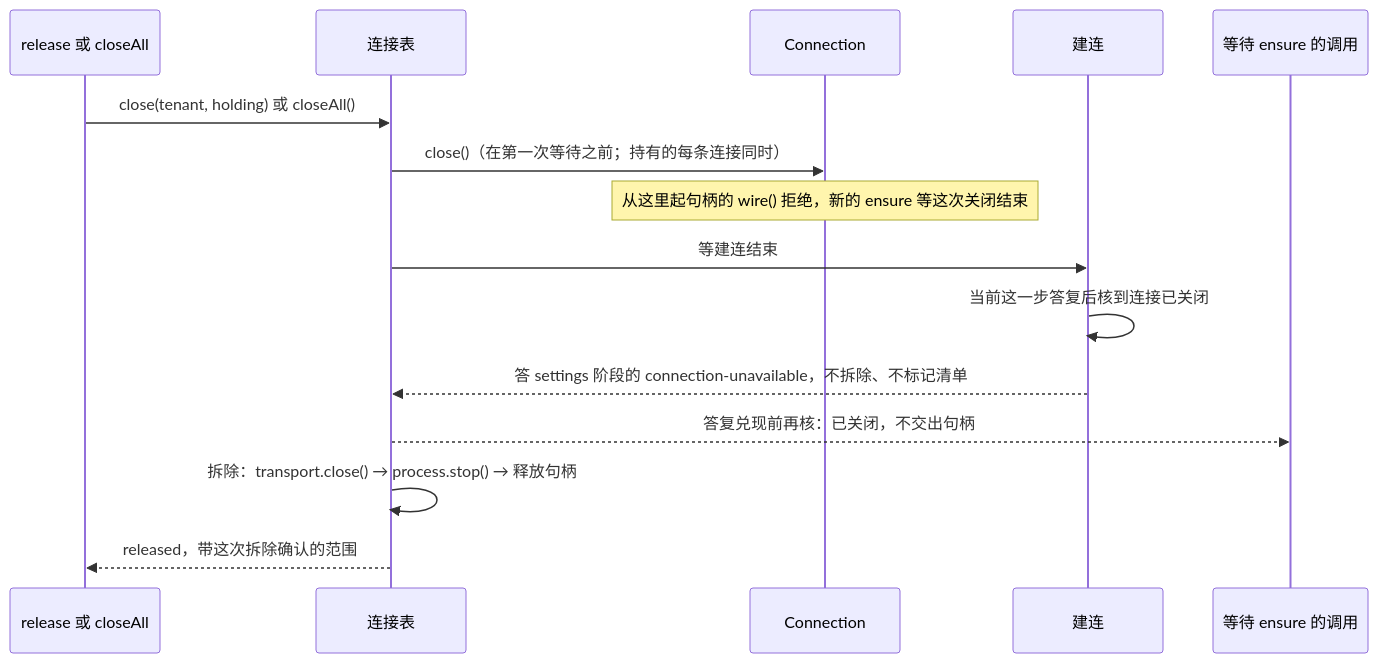
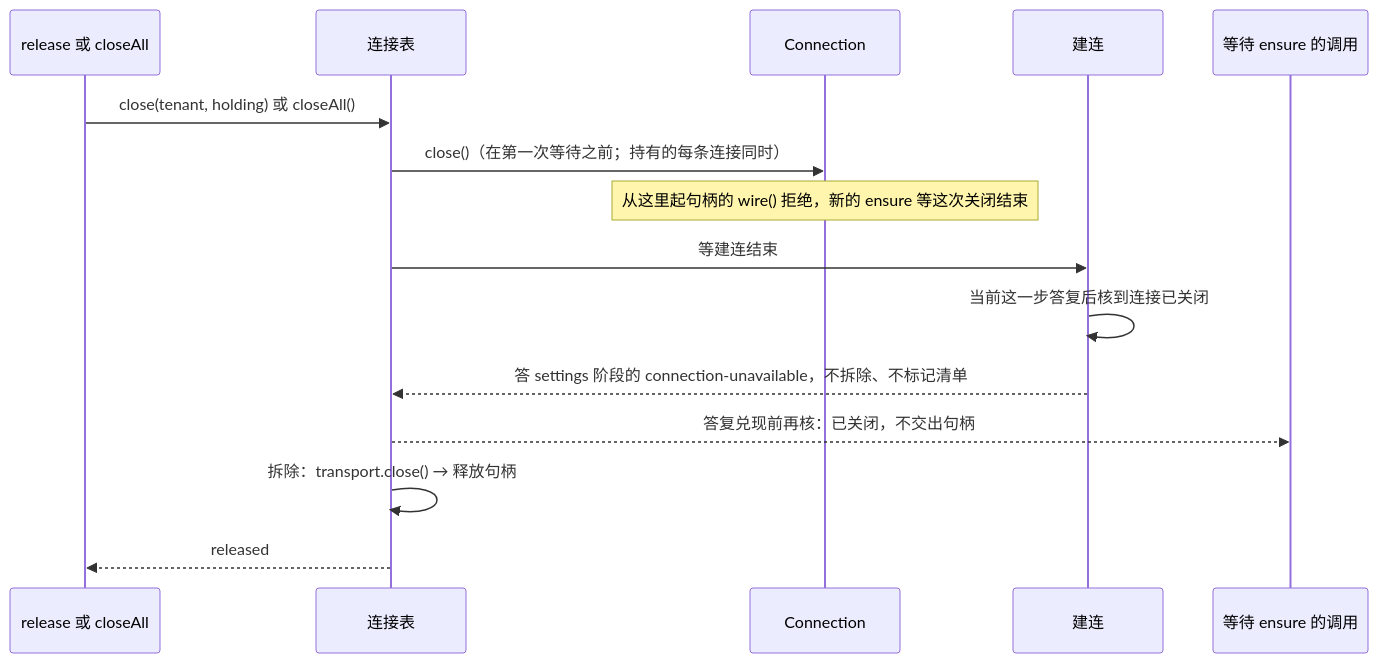
Before and after one commit to nemori-ai/omne-harness-lite: the third of 4 diagrams in packages/mcp/mcp/docs/flows.md, drawn with Mermaid. The commit also changed other lines of this file and 57 other files, not shown here.

````diff
--- a/packages/mcp/mcp/docs/flows.md
+++ b/packages/mcp/mcp/docs/flows.md
@@ -67,17 +64,17 @@
 ```mermaid
 sequenceDiagram
     participant R as release 或 closeAll
     participant T as 连接表
     participant A as Connection
     participant B as 建连
     participant E as 等待 ensure 的调用
     R->>T: close(tenant, holding) 或 closeAll()
     T->>A: close()（在第一次等待之前；持有的每条连接同时）
     note over A: 从这里起句柄的 wire() 拒绝，新的 ensure 等这次关闭结束
     T->>B: 等建连结束
     B->>B: 当前这一步答复后核到连接已关闭
     B-->>T: 答 settings 阶段的 connection-unavailable，不拆除、不标记清单
     T-->>E: 答复兑现前再核：已关闭，不交出句柄
-    T->>T: 拆除：transport.close() → process.stop() → 释放句柄
-    T-->>R: released，带这次拆除确认的范围
+    T->>T: 拆除：transport.close() → 释放句柄
+    T-->>R: released
 ```
````
